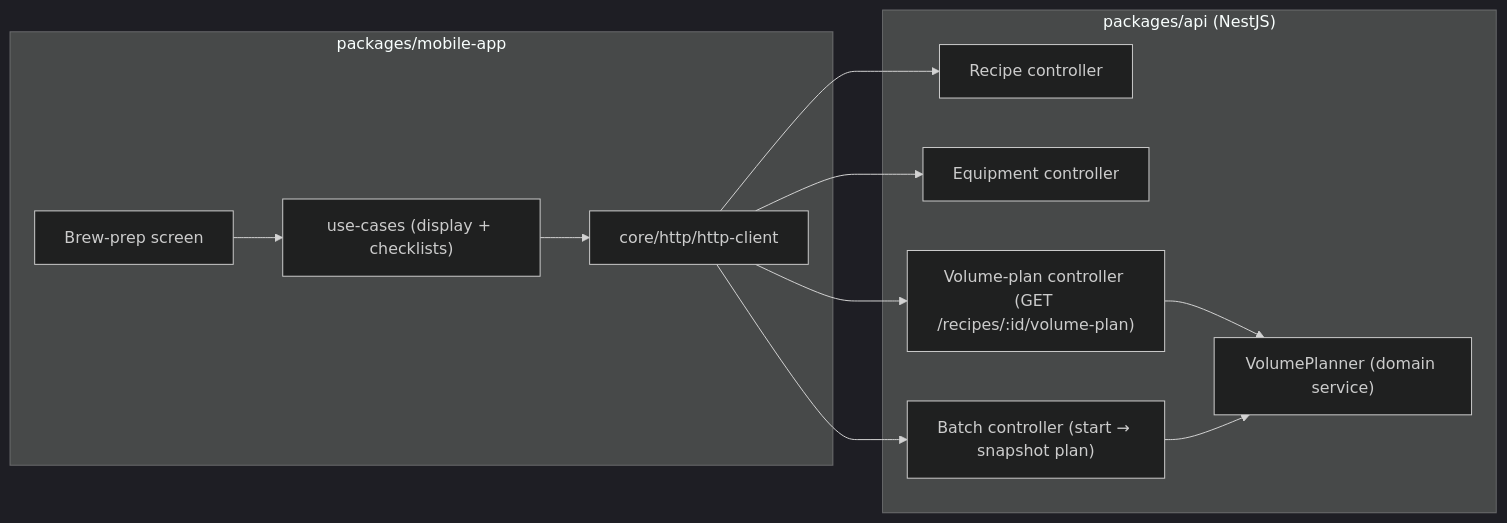
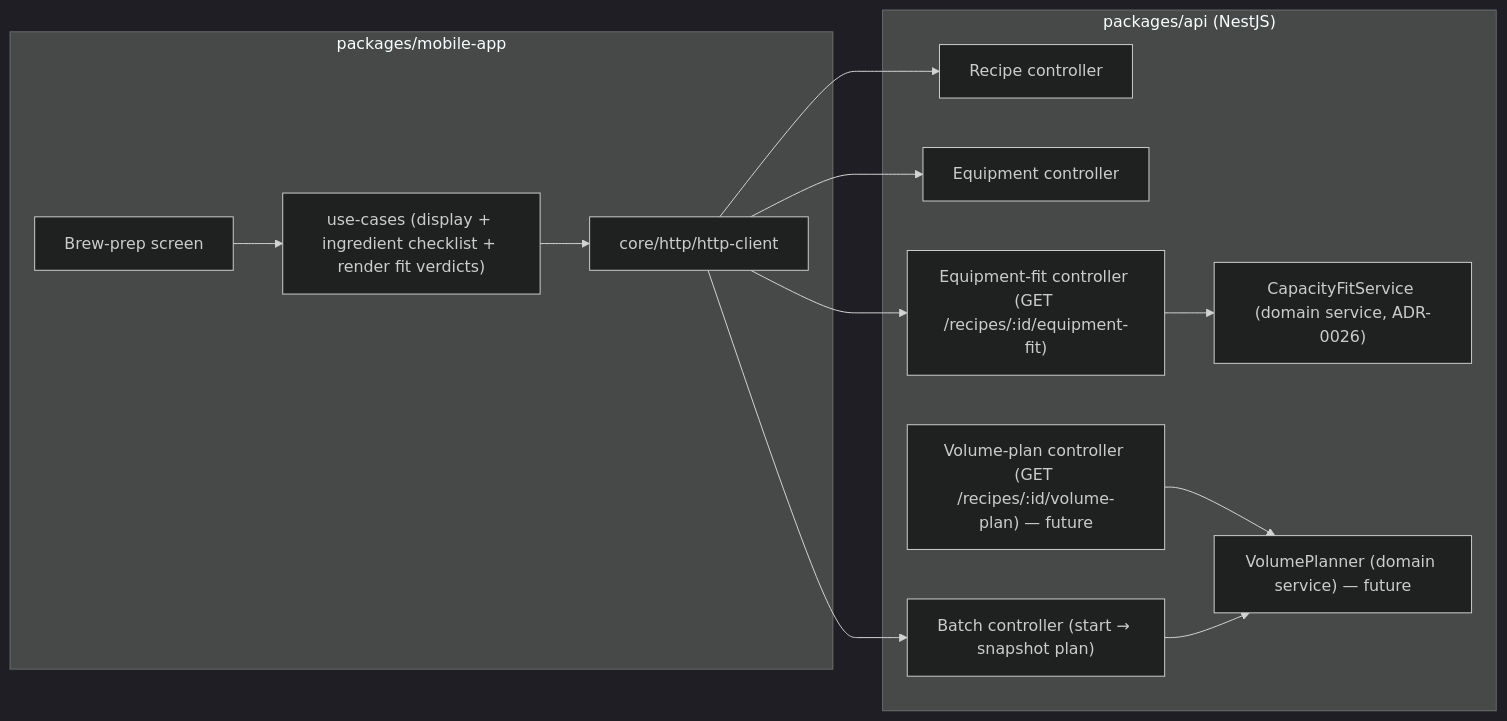
One commit to benoit-bremaud/brasse-bouillon changed the diagram in docs/architecture/diagrams/brew-prep/03-component.md. Above: the diagram before and after it, drawn with Mermaid (dark theme). The commit also changed other lines of this file and 6 other files, not shown here.

First line of the commit message:
docs(brew-prep/architecture): ADR-0026 equipment capacity fit-check + brew-prep UML refresh (#1360)

````diff
--- a/docs/architecture/diagrams/brew-prep/03-component.md
+++ b/docs/architecture/diagrams/brew-prep/03-component.md
@@ -14,23 +14,26 @@
 ```mermaid
 flowchart LR
   subgraph Mobile ["packages/mobile-app"]
     Screen["Brew-prep screen"]
-    UCm["use-cases (display + checklists)"]
+    UCm["use-cases (display + ingredient checklist + render fit verdicts)"]
     HTTP["core/http/http-client"]
     Screen --> UCm
     UCm --> HTTP
   end
   subgraph API ["packages/api (NestJS)"]
     RecipeC["Recipe controller"]
     EquipC["Equipment controller"]
-    PlanC["Volume-plan controller (GET /recipes/:id/volume-plan)"]
-    Planner["VolumePlanner (domain service)"]
+    FitC["Equipment-fit controller (GET /recipes/:id/equipment-fit)"]
+    FitService["CapacityFitService (domain service, ADR-0026)"]
+    PlanC["Volume-plan controller (GET /recipes/:id/volume-plan) — future"]
+    Planner["VolumePlanner (domain service) — future"]
     BatchC["Batch controller (start → snapshot plan)"]
+    FitC --> FitService
     PlanC --> Planner
     BatchC --> Planner
   end
   HTTP --> RecipeC
   HTTP --> EquipC
-  HTTP --> PlanC
+  HTTP --> FitC
   HTTP --> BatchC
 ```
````
